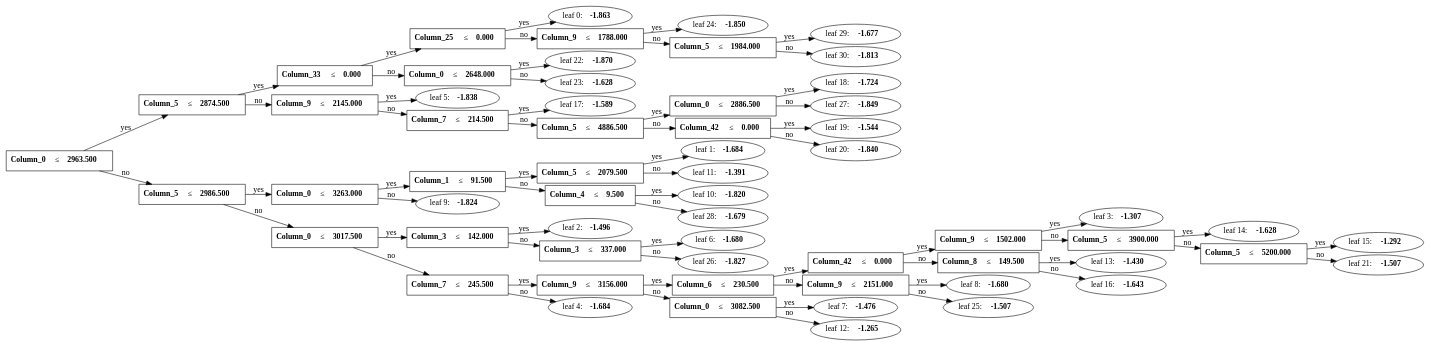
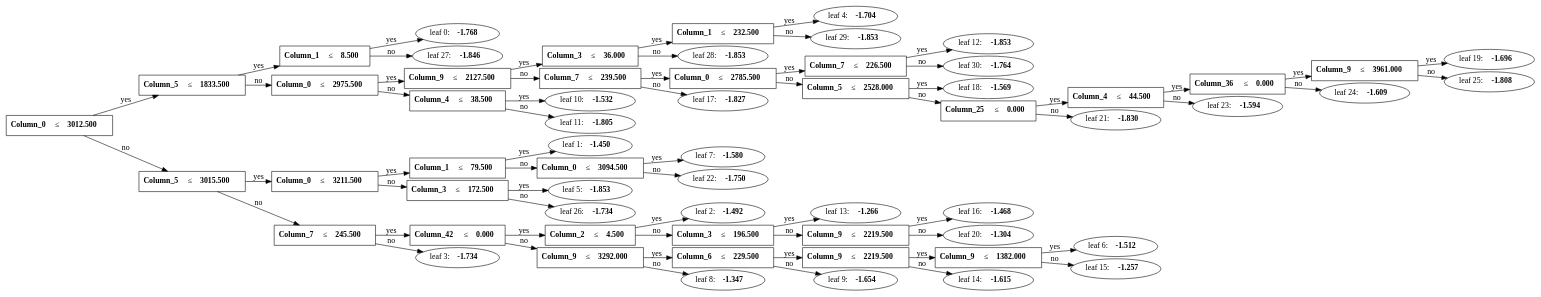
One commit to dcdmm/MLBase changed the diagram in I_Model/集成学习模型/提升(boosting)算法/lightgbm-lightgbm/img_view.gv. Above: the diagram before and after it, drawn with Graphviz. The commit also changed 14 other files, not shown here.

```diff
--- a/I_Model/集成学习模型/提升(boosting)算法/lightgbm-lightgbm/img_view.gv
+++ b/I_Model/集成学习模型/提升(boosting)算法/lightgbm-lightgbm/img_view.gv
@@ -1,124 +1,124 @@
 digraph {
 	graph [nodesep=0.05 rankdir=LR ranksep=0.3]
-	split0 [label=<<B>Column_0</B> &#8804; <B>2963.500</B>> fillcolor=white shape=rectangle style=""]
-	split4 [label=<<B>Column_5</B> &#8804; <B>2874.500</B>> fillcolor=white shape=rectangle style=""]
-	split21 [label=<<B>Column_33</B> &#8804; <B>0.000</B>> fillcolor=white shape=rectangle style=""]
-	split23 [label=<<B>Column_25</B> &#8804; <B>0.000</B>> fillcolor=white shape=rectangle style=""]
-	leaf0 [label=<leaf 0: <B>-1.863</B>>]
-	split23 -> leaf0 [label=yes]
-	split28 [label=<<B>Column_9</B> &#8804; <B>1788.000</B>> fillcolor=white shape=rectangle style=""]
-	leaf24 [label=<leaf 24: <B>-1.850</B>>]
-	split28 -> leaf24 [label=yes]
-	split29 [label=<<B>Column_5</B> &#8804; <B>1984.000</B>> fillcolor=white shape=rectangle style=""]
-	leaf29 [label=<leaf 29: <B>-1.677</B>>]
-	split29 -> leaf29 [label=yes]
-	leaf30 [label=<leaf 30: <B>-1.813</B>>]
+	split0 [label=<<B>Column_0</B> &#8804; <B>3012.500</B>> fillcolor=white shape=rectangle style=""]
+	split3 [label=<<B>Column_5</B> &#8804; <B>1833.500</B>> fillcolor=white shape=rectangle style=""]
+	split26 [label=<<B>Column_1</B> &#8804; <B>8.500</B>> fillcolor=white shape=rectangle style=""]
+	leaf0 [label=<leaf 0: <B>-1.768</B>>]
+	split26 -> leaf0 [label=yes]
+	leaf27 [label=<leaf 27: <B>-1.846</B>>]
+	split26 -> leaf27 [label=no]
+	split3 -> split26 [label=yes]
+	split9 [label=<<B>Column_0</B> &#8804; <B>2975.500</B>> fillcolor=white shape=rectangle style=""]
+	split11 [label=<<B>Column_9</B> &#8804; <B>2127.500</B>> fillcolor=white shape=rectangle style=""]
+	split27 [label=<<B>Column_3</B> &#8804; <B>36.000</B>> fillcolor=white shape=rectangle style=""]
+	split28 [label=<<B>Column_1</B> &#8804; <B>232.500</B>> fillcolor=white shape=rectangle style=""]
+	leaf4 [label=<leaf 4: <B>-1.704</B>>]
+	split28 -> leaf4 [label=yes]
+	leaf29 [label=<leaf 29: <B>-1.853</B>>]
+	split28 -> leaf29 [label=no]
+	split27 -> split28 [label=yes]
+	leaf28 [label=<leaf 28: <B>-1.853</B>>]
+	split27 -> leaf28 [label=no]
+	split11 -> split27 [label=yes]
+	split16 [label=<<B>Column_7</B> &#8804; <B>239.500</B>> fillcolor=white shape=rectangle style=""]
+	split17 [label=<<B>Column_0</B> &#8804; <B>2785.500</B>> fillcolor=white shape=rectangle style=""]
+	split29 [label=<<B>Column_7</B> &#8804; <B>226.500</B>> fillcolor=white shape=rectangle style=""]
+	leaf12 [label=<leaf 12: <B>-1.853</B>>]
+	split29 -> leaf12 [label=yes]
+	leaf30 [label=<leaf 30: <B>-1.764</B>>]
 	split29 -> leaf30 [label=no]
-	split28 -> split29 [label=no]
-	split23 -> split28 [label=no]
-	split21 -> split23 [label=yes]
-	split22 [label=<<B>Column_0</B> &#8804; <B>2648.000</B>> fillcolor=white shape=rectangle style=""]
-	leaf22 [label=<leaf 22: <B>-1.870</B>>]
-	split22 -> leaf22 [label=yes]
-	leaf23 [label=<leaf 23: <B>-1.628</B>>]
+	split17 -> split29 [label=yes]
+	split18 [label=<<B>Column_5</B> &#8804; <B>2528.000</B>> fillcolor=white shape=rectangle style=""]
+	leaf18 [label=<leaf 18: <B>-1.569</B>>]
+	split18 -> leaf18 [label=yes]
+	split20 [label=<<B>Column_25</B> &#8804; <B>0.000</B>> fillcolor=white shape=rectangle style=""]
+	split22 [label=<<B>Column_4</B> &#8804; <B>44.500</B>> fillcolor=white shape=rectangle style=""]
+	split23 [label=<<B>Column_36</B> &#8804; <B>0.000</B>> fillcolor=white shape=rectangle style=""]
+	split24 [label=<<B>Column_9</B> &#8804; <B>3961.000</B>> fillcolor=white shape=rectangle style=""]
+	leaf19 [label=<leaf 19: <B>-1.696</B>>]
+	split24 -> leaf19 [label=yes]
+	leaf25 [label=<leaf 25: <B>-1.808</B>>]
+	split24 -> leaf25 [label=no]
+	split23 -> split24 [label=yes]
+	leaf24 [label=<leaf 24: <B>-1.609</B>>]
+	split23 -> leaf24 [label=no]
+	split22 -> split23 [label=yes]
+	leaf23 [label=<leaf 23: <B>-1.594</B>>]
 	split22 -> leaf23 [label=no]
-	split21 -> split22 [label=no]
-	split4 -> split21 [label=yes]
-	split16 [label=<<B>Column_9</B> &#8804; <B>2145.000</B>> fillcolor=white shape=rectangle style=""]
-	leaf5 [label=<leaf 5: <B>-1.838</B>>]
-	split16 -> leaf5 [label=yes]
-	split17 [label=<<B>Column_7</B> &#8804; <B>214.500</B>> fillcolor=white shape=rectangle style=""]
-	leaf17 [label=<leaf 17: <B>-1.589</B>>]
-	split17 -> leaf17 [label=yes]
-	split18 [label=<<B>Column_5</B> &#8804; <B>4886.500</B>> fillcolor=white shape=rectangle style=""]
-	split26 [label=<<B>Column_0</B> &#8804; <B>2886.500</B>> fillcolor=white shape=rectangle style=""]
-	leaf18 [label=<leaf 18: <B>-1.724</B>>]
-	split26 -> leaf18 [label=yes]
-	leaf27 [label=<leaf 27: <B>-1.849</B>>]
-	split26 -> leaf27 [label=no]
-	split18 -> split26 [label=yes]
-	split19 [label=<<B>Column_42</B> &#8804; <B>0.000</B>> fillcolor=white shape=rectangle style=""]
-	leaf19 [label=<leaf 19: <B>-1.544</B>>]
-	split19 -> leaf19 [label=yes]
-	leaf20 [label=<leaf 20: <B>-1.840</B>>]
+	split20 -> split22 [label=yes]
+	leaf21 [label=<leaf 21: <B>-1.830</B>>]
+	split20 -> leaf21 [label=no]
+	split18 -> split20 [label=no]
+	split17 -> split18 [label=no]
+	split16 -> split17 [label=yes]
+	leaf17 [label=<leaf 17: <B>-1.827</B>>]
+	split16 -> leaf17 [label=no]
+	split11 -> split16 [label=no]
+	split9 -> split11 [label=yes]
+	split10 [label=<<B>Column_4</B> &#8804; <B>38.500</B>> fillcolor=white shape=rectangle style=""]
+	leaf10 [label=<leaf 10: <B>-1.532</B>>]
+	split10 -> leaf10 [label=yes]
+	leaf11 [label=<leaf 11: <B>-1.805</B>>]
+	split10 -> leaf11 [label=no]
+	split9 -> split10 [label=no]
+	split3 -> split9 [label=no]
+	split0 -> split3 [label=yes]
+	split1 [label=<<B>Column_5</B> &#8804; <B>3015.500</B>> fillcolor=white shape=rectangle style=""]
+	split4 [label=<<B>Column_0</B> &#8804; <B>3211.500</B>> fillcolor=white shape=rectangle style=""]
+	split6 [label=<<B>Column_1</B> &#8804; <B>79.500</B>> fillcolor=white shape=rectangle style=""]
+	leaf1 [label=<leaf 1: <B>-1.450</B>>]
+	split6 -> leaf1 [label=yes]
+	split21 [label=<<B>Column_0</B> &#8804; <B>3094.500</B>> fillcolor=white shape=rectangle style=""]
+	leaf7 [label=<leaf 7: <B>-1.580</B>>]
+	split21 -> leaf7 [label=yes]
+	leaf22 [label=<leaf 22: <B>-1.750</B>>]
+	split21 -> leaf22 [label=no]
+	split6 -> split21 [label=no]
+	split4 -> split6 [label=yes]
+	split25 [label=<<B>Column_3</B> &#8804; <B>172.500</B>> fillcolor=white shape=rectangle style=""]
+	leaf5 [label=<leaf 5: <B>-1.853</B>>]
+	split25 -> leaf5 [label=yes]
+	leaf26 [label=<leaf 26: <B>-1.734</B>>]
+	split25 -> leaf26 [label=no]
+	split4 -> split25 [label=no]
+	split1 -> split4 [label=yes]
+	split2 [label=<<B>Column_7</B> &#8804; <B>245.500</B>> fillcolor=white shape=rectangle style=""]
+	split5 [label=<<B>Column_42</B> &#8804; <B>0.000</B>> fillcolor=white shape=rectangle style=""]
+	split12 [label=<<B>Column_2</B> &#8804; <B>4.500</B>> fillcolor=white shape=rectangle style=""]
+	leaf2 [label=<leaf 2: <B>-1.492</B>>]
+	split12 -> leaf2 [label=yes]
+	split15 [label=<<B>Column_3</B> &#8804; <B>196.500</B>> fillcolor=white shape=rectangle style=""]
+	leaf13 [label=<leaf 13: <B>-1.266</B>>]
+	split15 -> leaf13 [label=yes]
+	split19 [label=<<B>Column_9</B> &#8804; <B>2219.500</B>> fillcolor=white shape=rectangle style=""]
+	leaf16 [label=<leaf 16: <B>-1.468</B>>]
+	split19 -> leaf16 [label=yes]
+	leaf20 [label=<leaf 20: <B>-1.304</B>>]
 	split19 -> leaf20 [label=no]
-	split18 -> split19 [label=no]
-	split17 -> split18 [label=no]
-	split16 -> split17 [label=no]
-	split4 -> split16 [label=no]
-	split0 -> split4 [label=yes]
-	split1 [label=<<B>Column_5</B> &#8804; <B>2986.500</B>> fillcolor=white shape=rectangle style=""]
-	split8 [label=<<B>Column_0</B> &#8804; <B>3263.000</B>> fillcolor=white shape=rectangle style=""]
-	split9 [label=<<B>Column_1</B> &#8804; <B>91.500</B>> fillcolor=white shape=rectangle style=""]
-	split10 [label=<<B>Column_5</B> &#8804; <B>2079.500</B>> fillcolor=white shape=rectangle style=""]
-	leaf1 [label=<leaf 1: <B>-1.684</B>>]
-	split10 -> leaf1 [label=yes]
-	leaf11 [label=<leaf 11: <B>-1.391</B>>]
-	split10 -> leaf11 [label=no]
-	split9 -> split10 [label=yes]
-	split27 [label=<<B>Column_4</B> &#8804; <B>9.500</B>> fillcolor=white shape=rectangle style=""]
-	leaf10 [label=<leaf 10: <B>-1.820</B>>]
-	split27 -> leaf10 [label=yes]
-	leaf28 [label=<leaf 28: <B>-1.679</B>>]
-	split27 -> leaf28 [label=no]
-	split9 -> split27 [label=no]
-	split8 -> split9 [label=yes]
-	leaf9 [label=<leaf 9: <B>-1.824</B>>]
+	split15 -> split19 [label=no]
+	split12 -> split15 [label=no]
+	split5 -> split12 [label=yes]
+	split7 [label=<<B>Column_9</B> &#8804; <B>3292.000</B>> fillcolor=white shape=rectangle style=""]
+	split8 [label=<<B>Column_6</B> &#8804; <B>229.500</B>> fillcolor=white shape=rectangle style=""]
+	split13 [label=<<B>Column_9</B> &#8804; <B>2219.500</B>> fillcolor=white shape=rectangle style=""]
+	split14 [label=<<B>Column_9</B> &#8804; <B>1382.000</B>> fillcolor=white shape=rectangle style=""]
+	leaf6 [label=<leaf 6: <B>-1.512</B>>]
+	split14 -> leaf6 [label=yes]
+	leaf15 [label=<leaf 15: <B>-1.257</B>>]
+	split14 -> leaf15 [label=no]
+	split13 -> split14 [label=yes]
+	leaf14 [label=<leaf 14: <B>-1.615</B>>]
+	split13 -> leaf14 [label=no]
+	split8 -> split13 [label=yes]
+	leaf9 [label=<leaf 9: <B>-1.654</B>>]
 	split8 -> leaf9 [label=no]
-	split1 -> split8 [label=yes]
-	split2 [label=<<B>Column_0</B> &#8804; <B>3017.500</B>> fillcolor=white shape=rectangle style=""]
-	split5 [label=<<B>Column_3</B> &#8804; <B>142.000</B>> fillcolor=white shape=rectangle style=""]
-	leaf2 [label=<leaf 2: <B>-1.496</B>>]
-	split5 -> leaf2 [label=yes]
-	split25 [label=<<B>Column_3</B> &#8804; <B>337.000</B>> fillcolor=white shape=rectangle style=""]
-	leaf6 [label=<leaf 6: <B>-1.680</B>>]
-	split25 -> leaf6 [label=yes]
-	leaf26 [label=<leaf 26: <B>-1.827</B>>]
-	split25 -> leaf26 [label=no]
-	split5 -> split25 [label=no]
+	split7 -> split8 [label=yes]
+	leaf8 [label=<leaf 8: <B>-1.347</B>>]
+	split7 -> leaf8 [label=no]
+	split5 -> split7 [label=no]
 	split2 -> split5 [label=yes]
-	split3 [label=<<B>Column_7</B> &#8804; <B>245.500</B>> fillcolor=white shape=rectangle style=""]
-	split6 [label=<<B>Column_9</B> &#8804; <B>3156.000</B>> fillcolor=white shape=rectangle style=""]
-	split7 [label=<<B>Column_6</B> &#8804; <B>230.500</B>> fillcolor=white shape=rectangle style=""]
-	split12 [label=<<B>Column_42</B> &#8804; <B>0.000</B>> fillcolor=white shape=rectangle style=""]
-	split13 [label=<<B>Column_9</B> &#8804; <B>1502.000</B>> fillcolor=white shape=rectangle style=""]
-	leaf3 [label=<leaf 3: <B>-1.307</B>>]
-	split13 -> leaf3 [label=yes]
-	split14 [label=<<B>Column_5</B> &#8804; <B>3900.000</B>> fillcolor=white shape=rectangle style=""]
-	leaf14 [label=<leaf 14: <B>-1.628</B>>]
-	split14 -> leaf14 [label=yes]
-	split20 [label=<<B>Column_5</B> &#8804; <B>5200.000</B>> fillcolor=white shape=rectangle style=""]
-	leaf15 [label=<leaf 15: <B>-1.292</B>>]
-	split20 -> leaf15 [label=yes]
-	leaf21 [label=<leaf 21: <B>-1.507</B>>]
-	split20 -> leaf21 [label=no]
-	split14 -> split20 [label=no]
-	split13 -> split14 [label=no]
-	split12 -> split13 [label=yes]
-	split15 [label=<<B>Column_8</B> &#8804; <B>149.500</B>> fillcolor=white shape=rectangle style=""]
-	leaf13 [label=<leaf 13: <B>-1.430</B>>]
-	split15 -> leaf13 [label=yes]
-	leaf16 [label=<leaf 16: <B>-1.643</B>>]
-	split15 -> leaf16 [label=no]
-	split12 -> split15 [label=no]
-	split7 -> split12 [label=yes]
-	split24 [label=<<B>Column_9</B> &#8804; <B>2151.000</B>> fillcolor=white shape=rectangle style=""]
-	leaf8 [label=<leaf 8: <B>-1.680</B>>]
-	split24 -> leaf8 [label=yes]
-	leaf25 [label=<leaf 25: <B>-1.507</B>>]
-	split24 -> leaf25 [label=no]
-	split7 -> split24 [label=no]
-	split6 -> split7 [label=yes]
-	split11 [label=<<B>Column_0</B> &#8804; <B>3082.500</B>> fillcolor=white shape=rectangle style=""]
-	leaf7 [label=<leaf 7: <B>-1.476</B>>]
-	split11 -> leaf7 [label=yes]
-	leaf12 [label=<leaf 12: <B>-1.265</B>>]
-	split11 -> leaf12 [label=no]
-	split6 -> split11 [label=no]
-	split3 -> split6 [label=yes]
-	leaf4 [label=<leaf 4: <B>-1.684</B>>]
-	split3 -> leaf4 [label=no]
-	split2 -> split3 [label=no]
+	leaf3 [label=<leaf 3: <B>-1.734</B>>]
+	split2 -> leaf3 [label=no]
 	split1 -> split2 [label=no]
 	split0 -> split1 [label=no]
 }
```
